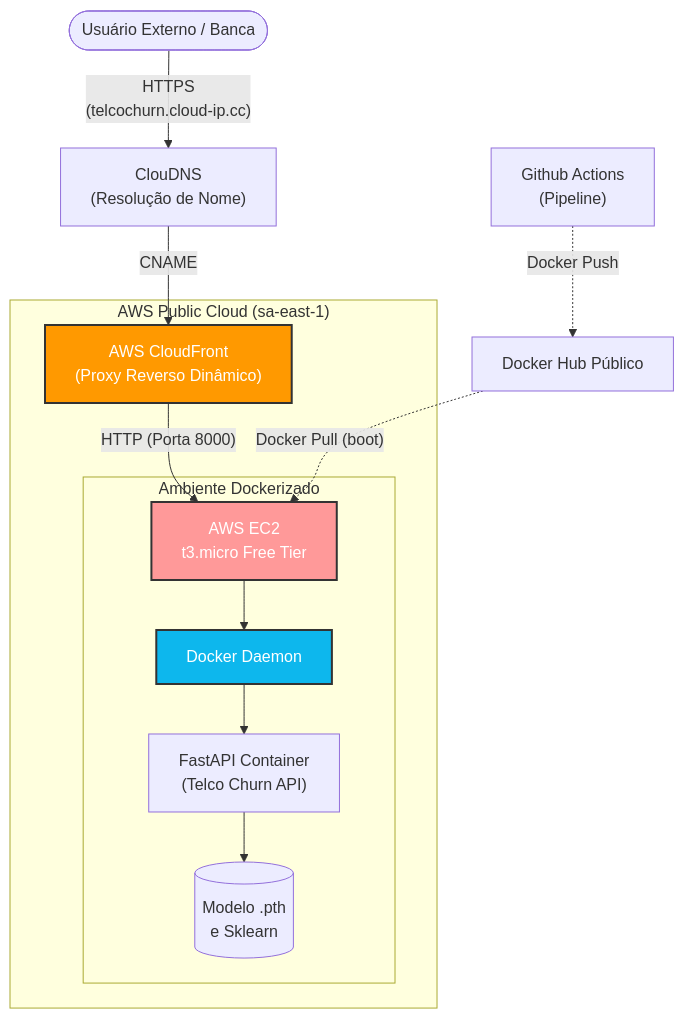
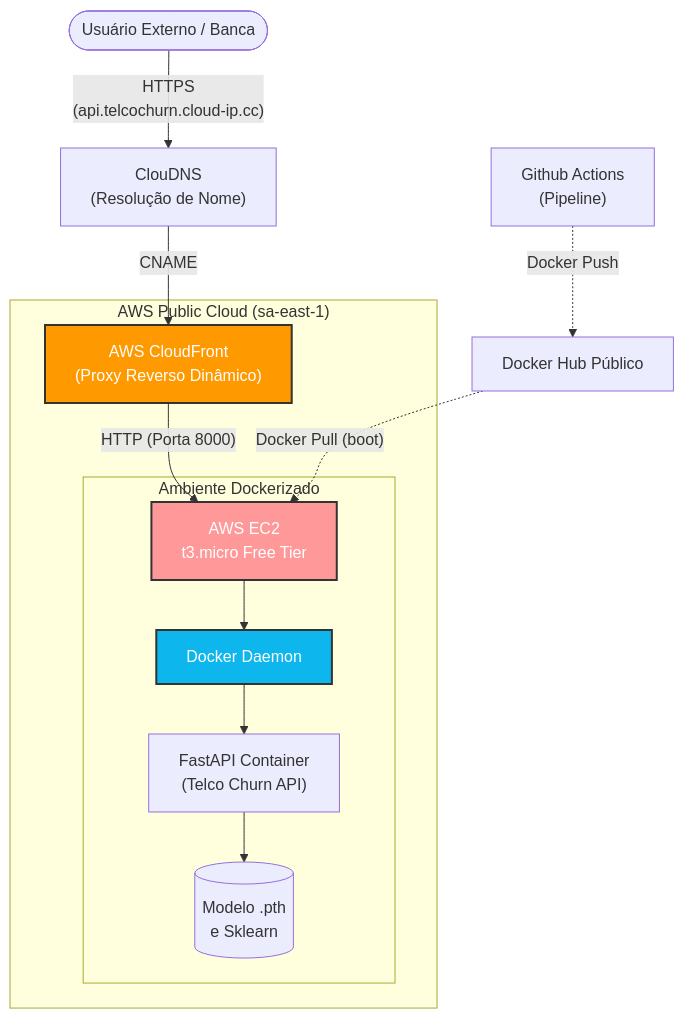
Before and after one commit to fiap-postech-9mlet-grupo85/tech-challenge-fase01: the diagram in docs/infrastructure.md, drawn with Mermaid. The commit also changed other lines of this file and 8 other files, not shown here.

````diff
--- a/docs/infrastructure.md
+++ b/docs/infrastructure.md
@@ -7,22 +7,22 @@
 ```mermaid
 flowchart TD
-    User(["Usuário Externo / Banca"]) -->|"HTTPS\n(telcochurn.cloud-ip.cc)"| DNS["ClouDNS\n(Resolução de Nome)"]
+    User(["Usuário Externo / Banca"]) -->|"HTTPS\n(api.telcochurn.cloud-ip.cc)"| DNS["ClouDNS\n(Resolução de Nome)"]
     DNS -->|"CNAME"| CF["AWS CloudFront\n(Proxy Reverso Dinâmico)"]
     
     subgraph "AWS Public Cloud (sa-east-1)"
         CF -->|"HTTP (Porta 8000)"| EC2["AWS EC2\nt3.micro Free Tier"]
         
         subgraph "Ambiente Dockerizado"
             EC2 --> Docker["Docker Daemon"]
             Docker --> FastAPI["FastAPI Container\n(Telco Churn API)"]
             FastAPI --> Model[("Modelo .pth\ne Sklearn")]
         end
     end
     
     GH["Github Actions\n(Pipeline)"] -.->|"Docker Push"| DH["Docker Hub Público"]
     DH -.->|"Docker Pull (boot)"| EC2
     
     style CF fill:#f90,stroke:#333,stroke-width:2px,color:#fff
     style EC2 fill:#f99,stroke:#333,stroke-width:2px,color:#fff
     style Docker fill:#0db7ed,stroke:#333,stroke-width:2px,color:#fff
 ```
````
